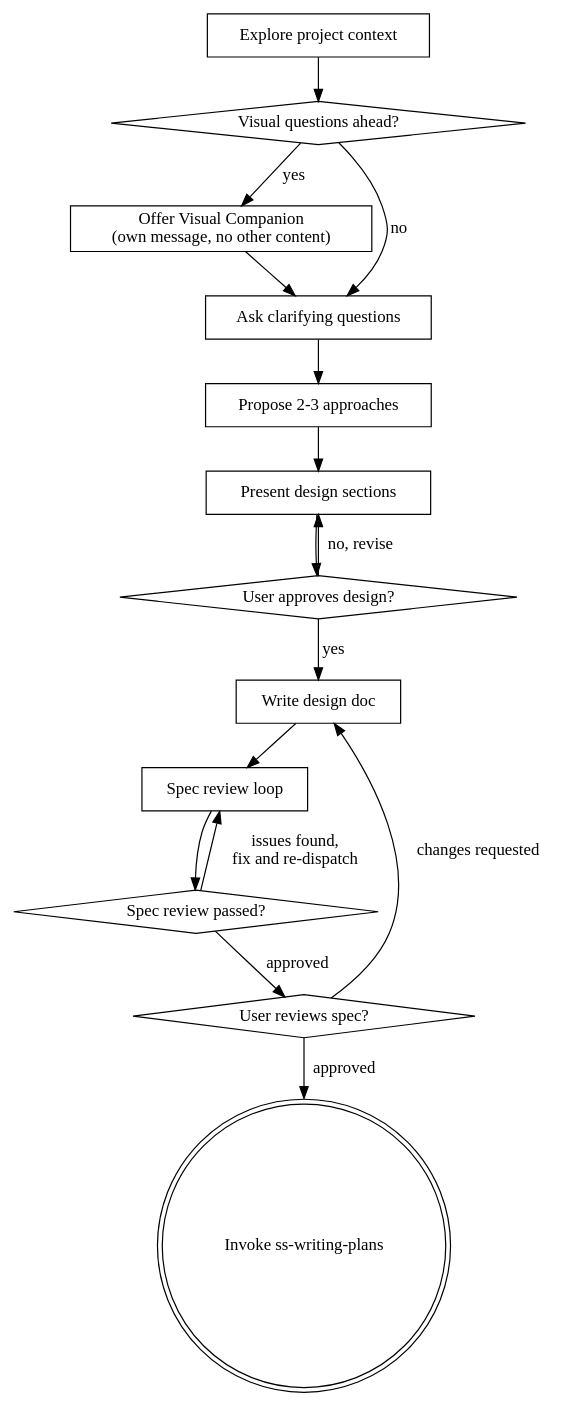
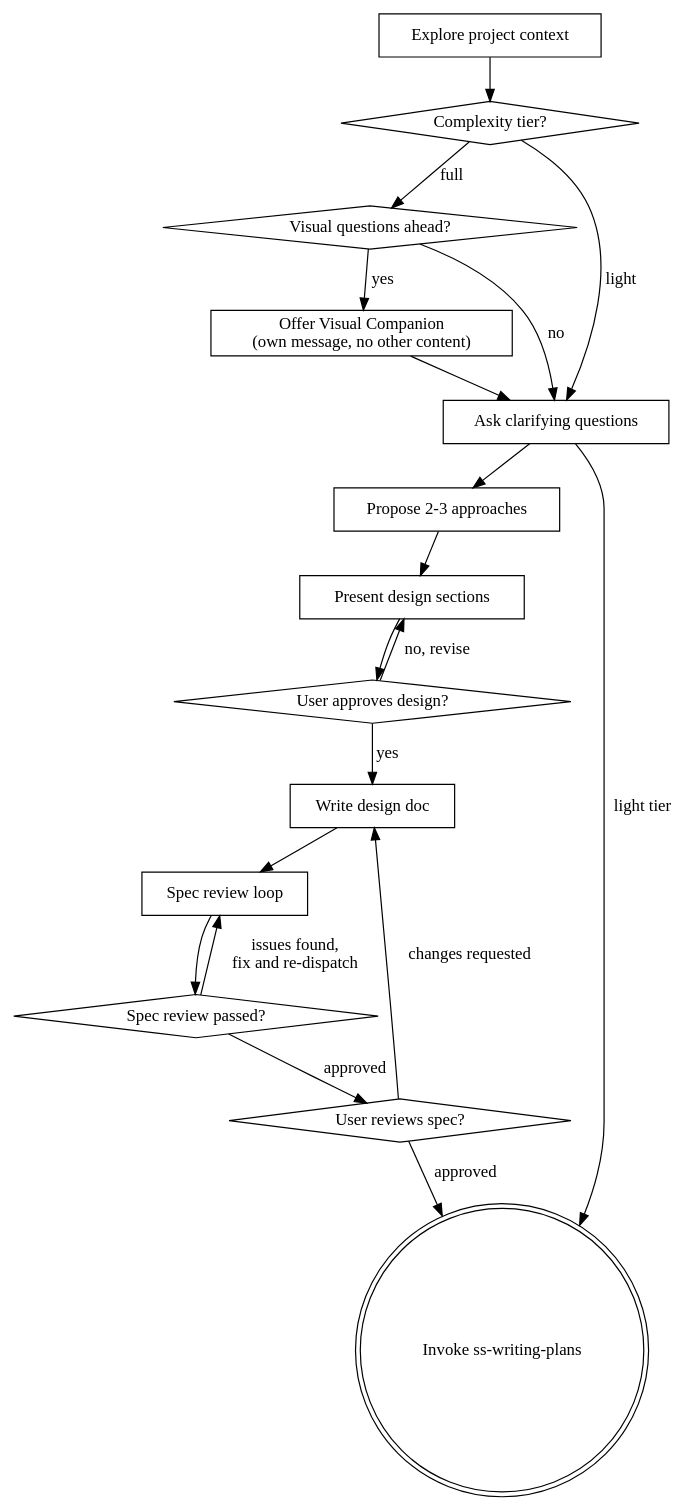
One commit to CoyoteLeo/superspec changed the diagram in skills/ss-brainstorming/SKILL.md. Above: the diagram before and after it, drawn with Graphviz. The commit also changed other lines of this file, not shown here.

Commit message:
feat: add complexity tier (full/light) to ss-brainstorming

````diff
--- a/skills/ss-brainstorming/SKILL.md
+++ b/skills/ss-brainstorming/SKILL.md
@@ -36,32 +68,36 @@
 ```dot
 digraph brainstorming {
     "Explore project context" [shape=box];
+    "Complexity tier?" [shape=diamond];
     "Visual questions ahead?" [shape=diamond];
     "Offer Visual Companion\n(own message, no other content)" [shape=box];
     "Ask clarifying questions" [shape=box];
     "Propose 2-3 approaches" [shape=box];
     "Present design sections" [shape=box];
     "User approves design?" [shape=diamond];
     "Write design doc" [shape=box];
     "Spec review loop" [shape=box];
     "Spec review passed?" [shape=diamond];
     "User reviews spec?" [shape=diamond];
     "Invoke ss-writing-plans" [shape=doublecircle];
 
-    "Explore project context" -> "Visual questions ahead?";
+    "Explore project context" -> "Complexity tier?";
+    "Complexity tier?" -> "Visual questions ahead?" [label="full"];
+    "Complexity tier?" -> "Ask clarifying questions" [label="light"];
     "Visual questions ahead?" -> "Offer Visual Companion\n(own message, no other content)" [label="yes"];
     "Visual questions ahead?" -> "Ask clarifying questions" [label="no"];
     "Offer Visual Companion\n(own message, no other content)" -> "Ask clarifying questions";
     "Ask clarifying questions" -> "Propose 2-3 approaches";
     "Propose 2-3 approaches" -> "Present design sections";
     "Present design sections" -> "User approves design?";
     "User approves design?" -> "Present design sections" [label="no, revise"];
     "User approves design?" -> "Write design doc" [label="yes"];
     "Write design doc" -> "Spec review loop";
     "Spec review loop" -> "Spec review passed?";
     "Spec review passed?" -> "Spec review loop" [label="issues found,\nfix and re-dispatch"];
     "Spec review passed?" -> "User reviews spec?" [label="approved"];
     "User reviews spec?" -> "Write design doc" [label="changes requested"];
     "User reviews spec?" -> "Invoke ss-writing-plans" [label="approved"];
+    "Ask clarifying questions" -> "Invoke ss-writing-plans" [label="light tier"];
 }
 ```
````
